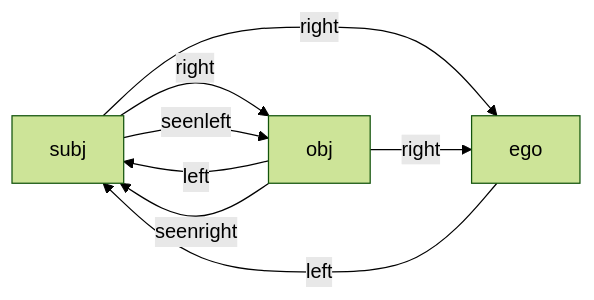
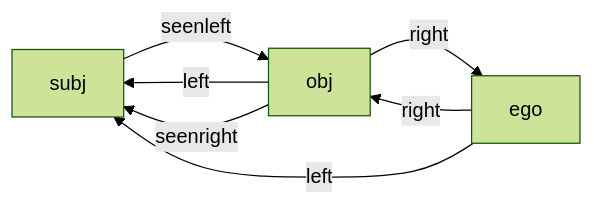
One commit to metason/SpatialReasoner changed the first of 2 diagrams in README.md. Above: the diagram before and after it, drawn with Mermaid (forest theme). The commit also changed other lines of this file and 1 other file, not shown here.

````diff
--- a/README.md
+++ b/README.md
@@ -177,13 +208,12 @@
 ```mermaid
 graph LR;
     subj
     obj
     ego
     obj -- left --> subj
     obj -- seenright --> subj
     ego -- left --> subj
-    subj -- right --> obj
     subj -- seenleft --> obj
-    subj -- right --> ego
+    ego -- right --> obj
     obj -- right --> ego
 ```
````
